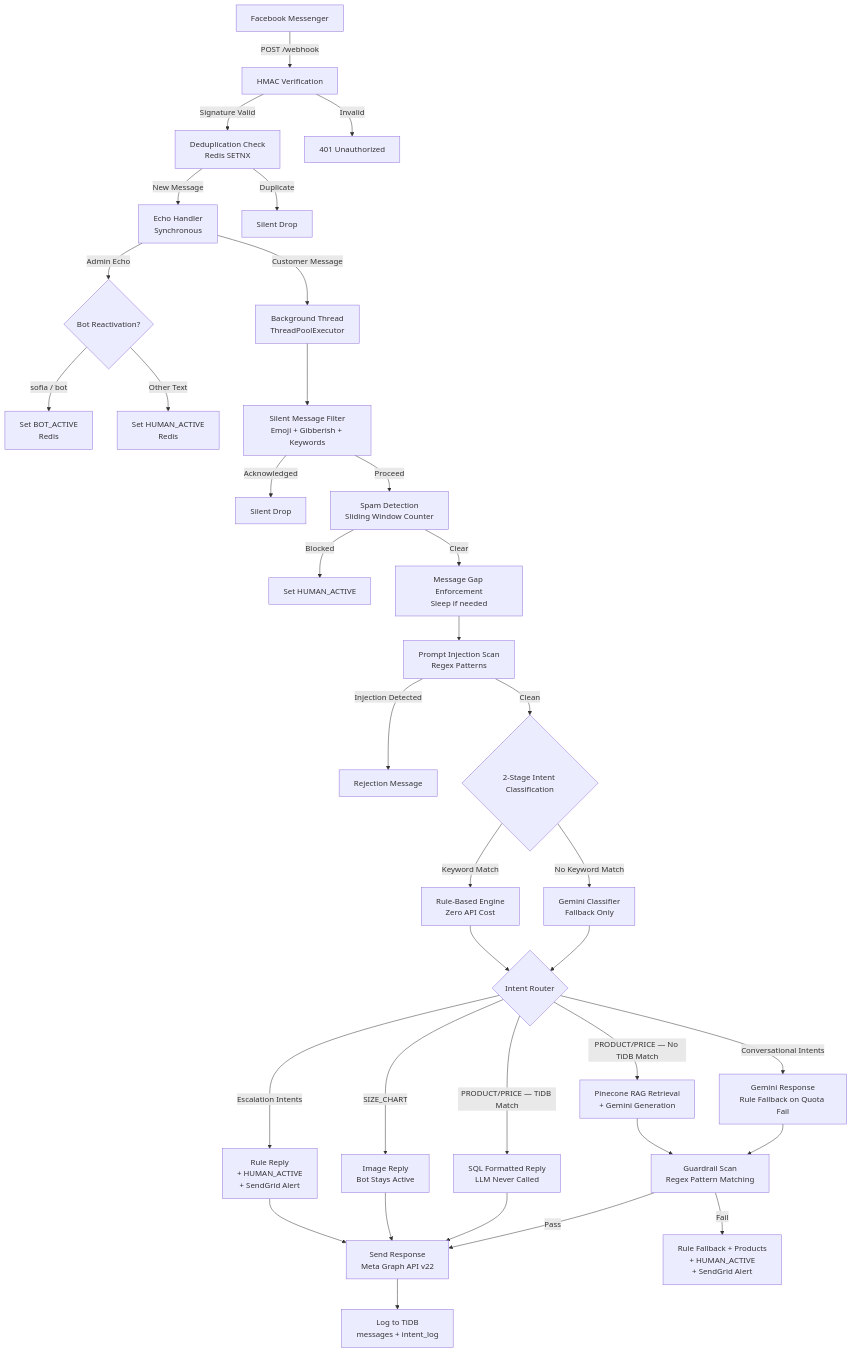
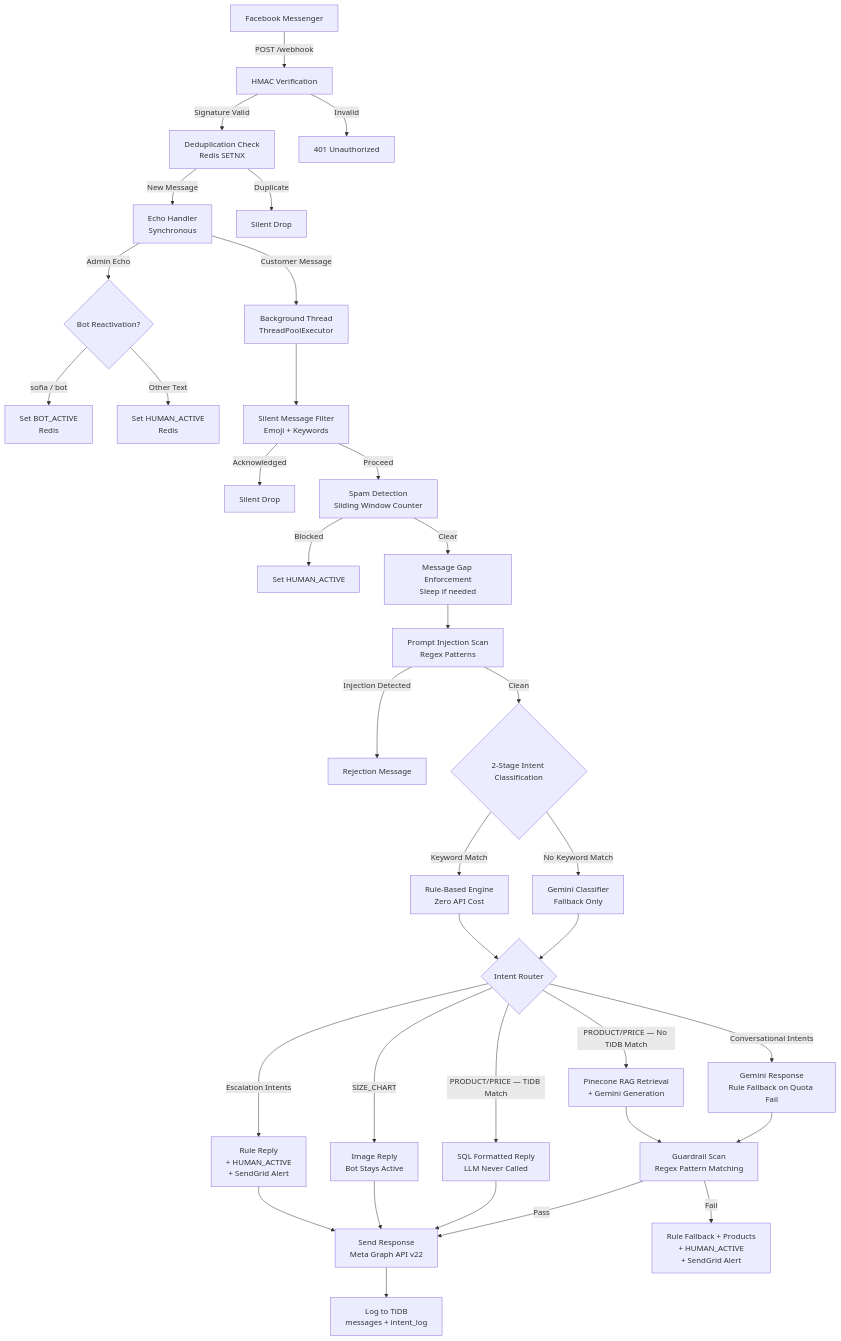
One commit to Lawrenze09/SOFIA-Messenger-Bot changed the diagram in README.md. Above: the diagram before and after it, drawn with Mermaid. The commit also changed other lines of this file, not shown here.

Commit message:
docs(README): fix test_security.py comment, remove gibberish from mermaid, fix tagline

````diff
--- a/README.md
+++ b/README.md
@@ -103,37 +103,37 @@
 ```mermaid
 flowchart TD
     A[Facebook Messenger] -->|POST /webhook| B[HMAC Verification]
     B -->|Signature Valid| C[Deduplication Check\nRedis SETNX]
     B -->|Invalid| X1[401 Unauthorized]
     C -->|New Message| D[Echo Handler\nSynchronous]
     C -->|Duplicate| X2[Silent Drop]
     D -->|Admin Echo| E{Bot Reactivation?}
     E -->|sofia / bot| F[Set BOT_ACTIVE\nRedis]
     E -->|Other Text| G[Set HUMAN_ACTIVE\nRedis]
     D -->|Customer Message| H[Background Thread\nThreadPoolExecutor]
-    H --> I[Silent Message Filter\nEmoji + Gibberish + Keywords]
+    H --> I[Silent Message Filter\nEmoji + Keywords]
     I -->|Acknowledged| X3[Silent Drop]
     I -->|Proceed| J[Spam Detection\nSliding Window Counter]
     J -->|Blocked| K[Set HUMAN_ACTIVE]
     J -->|Clear| L[Message Gap Enforcement\nSleep if needed]
     L --> M[Prompt Injection Scan\nRegex Patterns]
     M -->|Injection Detected| N[Rejection Message]
     M -->|Clean| O{2-Stage Intent Classification}
     O -->|Keyword Match| P[Rule-Based Engine\nZero API Cost]
     O -->|No Keyword Match| Q[Gemini Classifier\nFallback Only]
     P --> R{Intent Router}
     Q --> R
     R -->|Escalation Intents| S[Rule Reply\n+ HUMAN_ACTIVE\n+ SendGrid Alert]
     R -->|SIZE_CHART| T[Image Reply\nBot Stays Active]
     R -->|PRODUCT/PRICE — TiDB Match| U[SQL Formatted Reply\nLLM Never Called]
     R -->|PRODUCT/PRICE — No TiDB Match| V[Pinecone RAG Retrieval\n+ Gemini Generation]
     R -->|Conversational Intents| W[Gemini Response\nRule Fallback on Quota Fail]
     V --> X[Guardrail Scan\nRegex Pattern Matching]
     W --> X
     X -->|Pass| Y[Send Response\nMeta Graph API v22]
     X -->|Fail| Z[Rule Fallback + Products\n+ HUMAN_ACTIVE\n+ SendGrid Alert]
     S --> Y
     T --> Y
     U --> Y
     Y --> AA[Log to TiDB\nmessages + intent_log]
 ```
````
